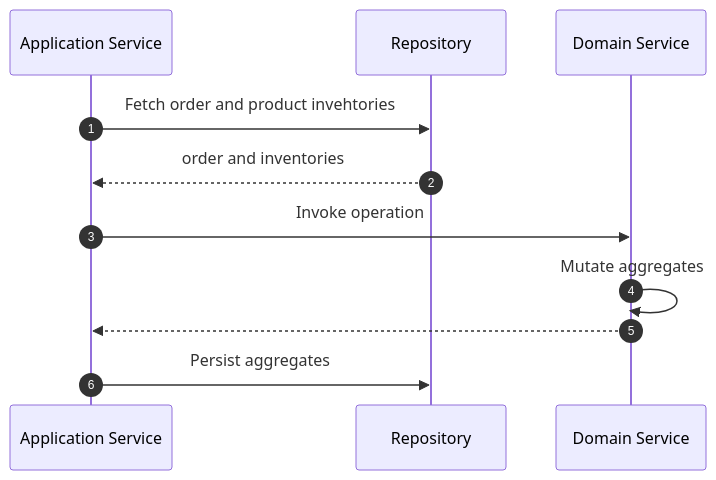
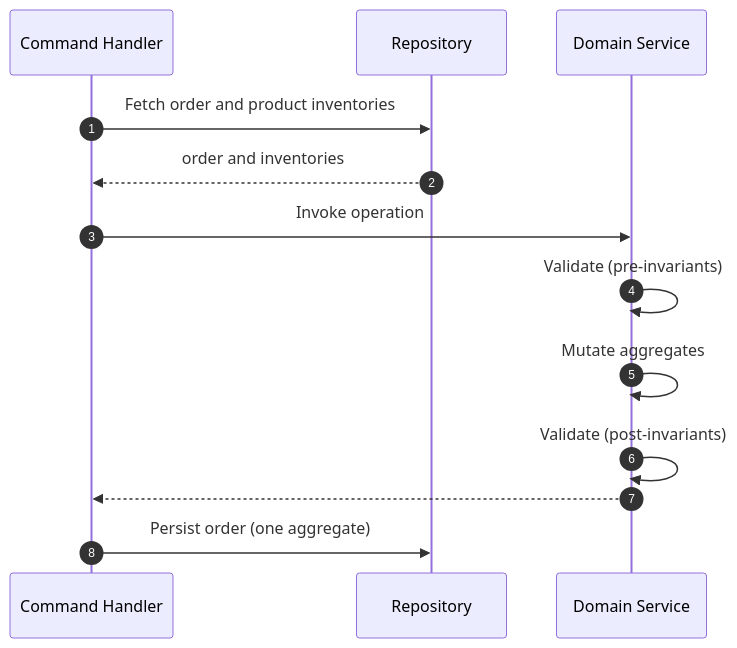
Before and after one commit to proteanhq/protean: the diagram in docs/guides/domain-behavior/domain-services.md, drawn with Mermaid. The commit also changed other lines of this file and 8 other files, not shown here.

````diff
--- a/docs/guides/domain-behavior/domain-services.md
+++ b/docs/guides/domain-behavior/domain-services.md
@@ -94,10 +135,12 @@
 ```mermaid
 sequenceDiagram
   autonumber
-  Application Service->>Repository: Fetch order and product invehtories
-  Repository-->>Application Service: order and inventories
-  Application Service->>Domain Service: Invoke operation
+  Command Handler->>Repository: Fetch order and product inventories
+  Repository-->>Command Handler: order and inventories
+  Command Handler->>Domain Service: Invoke operation
+  Domain Service->>Domain Service: Validate (pre-invariants)
   Domain Service->>Domain Service: Mutate aggregates
-  Domain Service-->>Application Service: 
-  Application Service->>Repository: Persist aggregates
+  Domain Service->>Domain Service: Validate (post-invariants)
+  Domain Service-->>Command Handler:
+  Command Handler->>Repository: Persist order (one aggregate)
 ```
````
